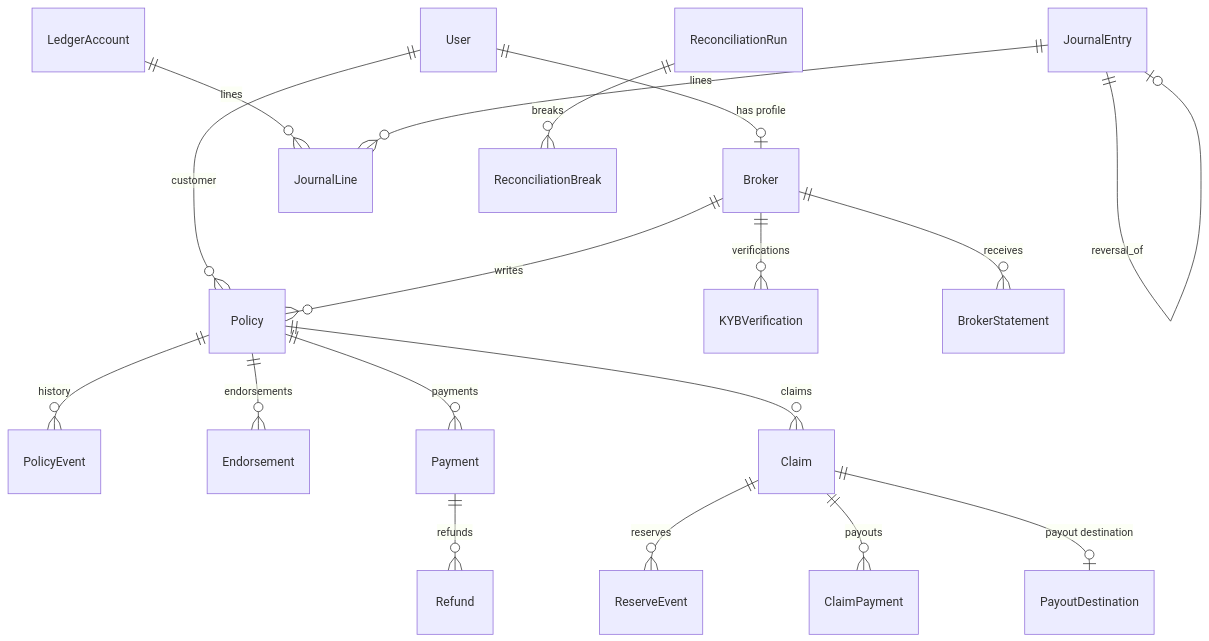
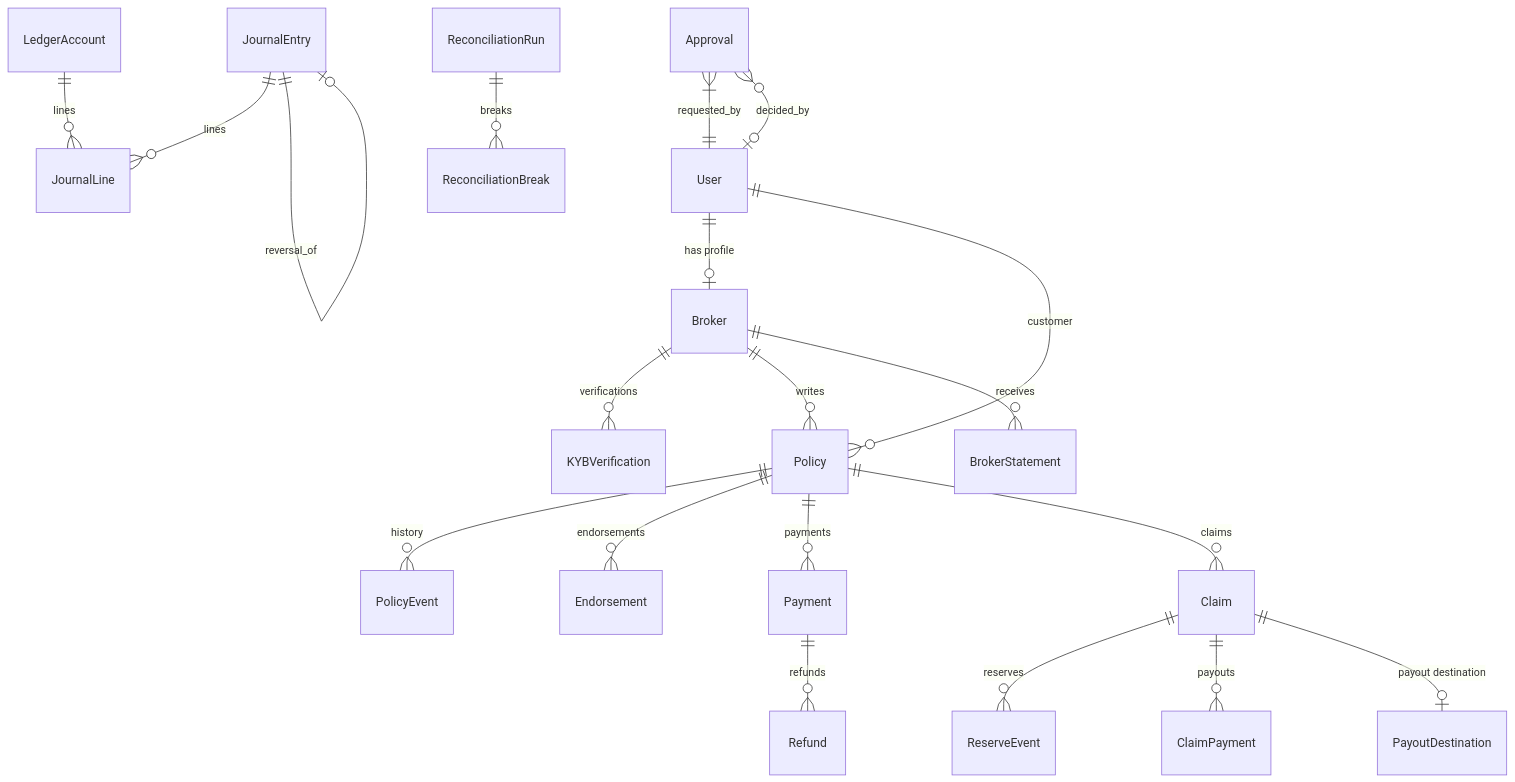
Before and after one commit to staniborII/corgi_policy_administration_t1: the diagram in docs/DOMAIN_MODEL.md, drawn with Mermaid. The commit also changed other lines of this file and 24 other files, not shown here.

````diff
--- a/docs/DOMAIN_MODEL.md
+++ b/docs/DOMAIN_MODEL.md
@@ -5,25 +5,27 @@
 ```mermaid
 erDiagram
     User ||--o| Broker : "has profile"
     User ||--o{ Policy : "customer"
     Broker ||--o{ KYBVerification : "verifications"
     Broker ||--o{ Policy : "writes"
     Broker ||--o{ BrokerStatement : "receives"
 
     Policy ||--o{ PolicyEvent : "history"
     Policy ||--o{ Endorsement : "endorsements"
     Policy ||--o{ Payment : "payments"
     Policy ||--o{ Claim : "claims"
 
     Payment ||--o{ Refund : "refunds"
 
     Claim ||--o{ ReserveEvent : "reserves"
     Claim ||--o{ ClaimPayment : "payouts"
     Claim ||--o| PayoutDestination : "payout destination"
 
     LedgerAccount ||--o{ JournalLine : "lines"
     JournalEntry ||--o{ JournalLine : "lines"
     JournalEntry ||--o| JournalEntry : "reversal_of"
 
     ReconciliationRun ||--o{ ReconciliationBreak : "breaks"
+    Approval }|--|| User : "requested_by"
+    Approval }o--o| User : "decided_by"
 ```
````
